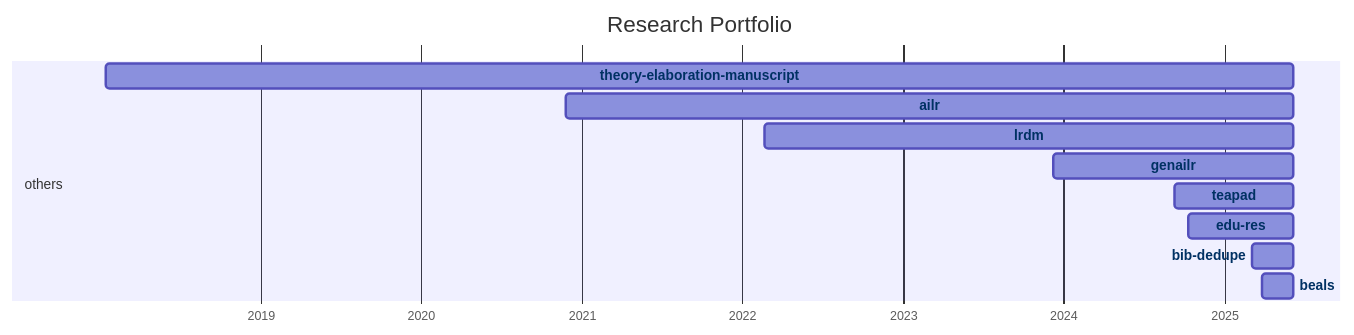
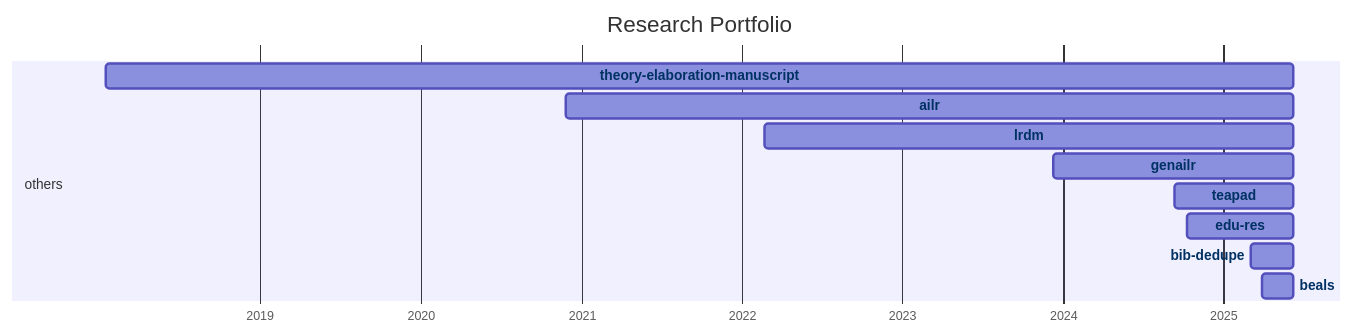
Before and after one commit to digital-work-lab/handbook: the diagram in docs/20-research/25-projects-gantt.md, drawn with Mermaid. The commit also changed 1 other file, not shown here.

Commit message:
Update repository overview

````diff
--- a/docs/20-research/25-projects-gantt.md
+++ b/docs/20-research/25-projects-gantt.md
@@ -8,35 +8,35 @@
 ```mermaid
 ---
 displayMode: compact
 ---
 gantt
 title Research Portfolio
 dateFormat YYYY-MM-DD
 axisFormat %Y
 
     section work_practices
 
     section distributed_organizing
 
     section knowledge_synthesis
 
     section others
-        beals :beals, 2025-03-28, 2025-06-07
-        bib-dedupe :bib-dedupe, 2025-03-04, 2025-06-07
-        edu-res :edu-res, 2024-10-10, 2025-06-07
-        teapad :teapad, 2024-09-10, 2025-06-07
-        genailr :genailr, 2023-12-10, 2025-06-07
-        lrdm :lrdm, 2022-02-20, 2025-06-07
-        ailr :ailr, 2020-11-26, 2025-06-07
-        theory-elaboration-manuscript :theory-elaboration-manuscript, 2018-01-15, 2025-06-07
+        beals :beals, 2025-03-28, 2025-06-08
+        bib-dedupe :bib-dedupe, 2025-03-04, 2025-06-08
+        edu-res :edu-res, 2024-10-10, 2025-06-08
+        teapad :teapad, 2024-09-10, 2025-06-08
+        genailr :genailr, 2023-12-10, 2025-06-08
+        lrdm :lrdm, 2022-02-20, 2025-06-08
+        ailr :ailr, 2020-11-26, 2025-06-08
+        theory-elaboration-manuscript :theory-elaboration-manuscript, 2018-01-15, 2025-06-08
 
 
     click beals href "{{ site.baseurl }}/docs/20-research/25-projects/_repos/beals"
     click bib-dedupe href "{{ site.baseurl }}/docs/20-research/25-projects/_repos/bib-dedupe"
     click edu-res href "{{ site.baseurl }}/docs/20-research/25-projects/_repos/edu-res"
     click teapad href "{{ site.baseurl }}/docs/20-research/25-projects/_repos/teapad"
     click genailr href "{{ site.baseurl }}/docs/20-research/25-projects/_repos/genailr"
     click lrdm href "{{ site.baseurl }}/docs/20-research/25-projects/_repos/lrdm"
     click ailr href "{{ site.baseurl }}/docs/20-research/25-projects/_repos/ailr"
     click theory-elaboration-manuscript href "{{ site.baseurl }}/docs/20-research/25-projects/_repos/theory-elaboration-manuscript"
 ```
````
